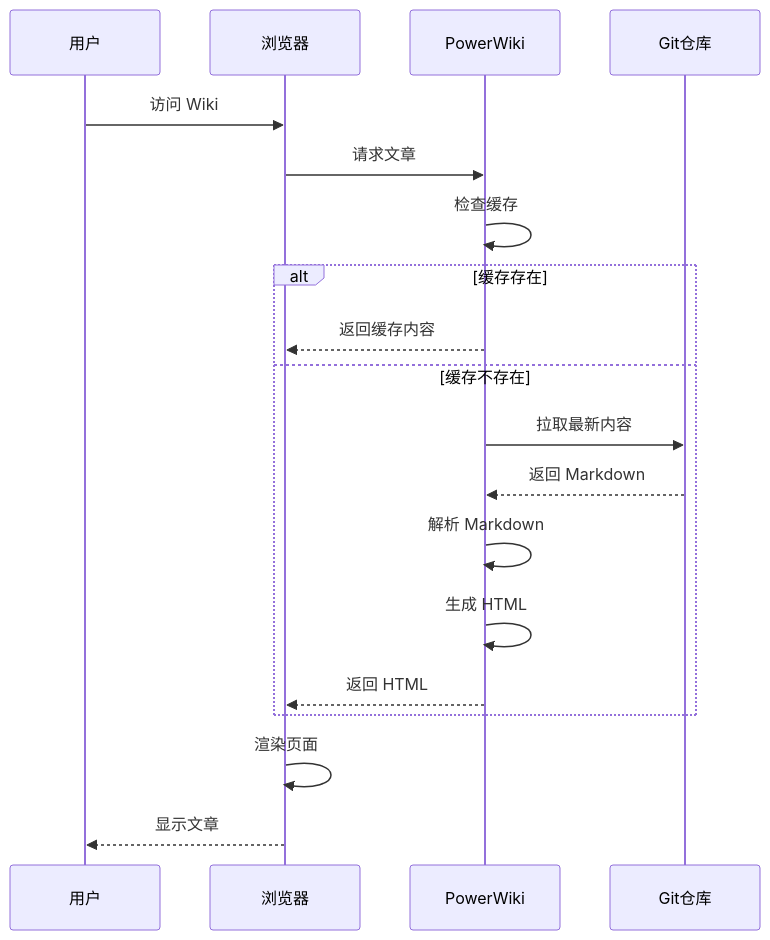
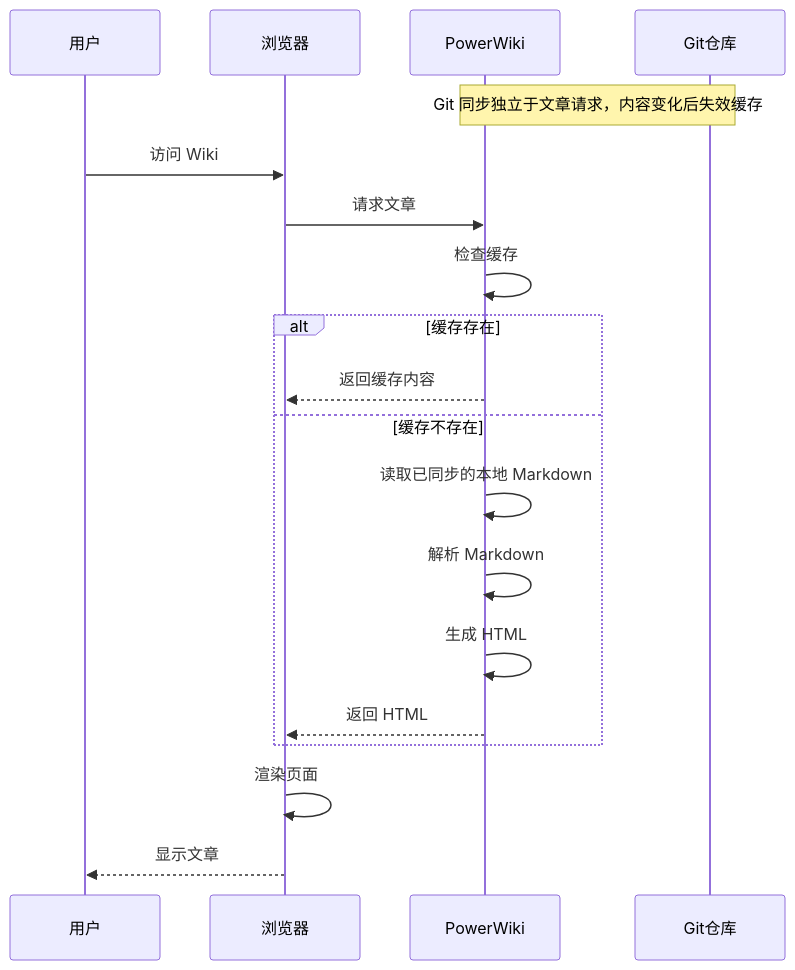
Before and after one commit to steven-ld/PowerWiki-Article-Demo: the second of 8 diagrams in 01-功能演示/图表演示/时序图演示.md, drawn with Mermaid. The commit also changed other lines of this file and 24 other files, not shown here.

Commit message:
docs: refresh demo for PowerWiki v1.5.2

````diff
--- a/01-功能演示/图表演示/时序图演示.md
+++ b/01-功能演示/图表演示/时序图演示.md
@@ -31,22 +32,22 @@
 ```mermaid
 sequenceDiagram
     participant 用户
     participant 浏览器
     participant PowerWiki
     participant Git仓库
     
+    Note over PowerWiki,Git仓库: Git 同步独立于文章请求，内容变化后失效缓存
     用户->>浏览器: 访问 Wiki
     浏览器->>PowerWiki: 请求文章
     PowerWiki->>PowerWiki: 检查缓存
     alt 缓存存在
         PowerWiki-->>浏览器: 返回缓存内容
     else 缓存不存在
-        PowerWiki->>Git仓库: 拉取最新内容
-        Git仓库-->>PowerWiki: 返回 Markdown
+        PowerWiki->>PowerWiki: 读取已同步的本地 Markdown
         PowerWiki->>PowerWiki: 解析 Markdown
         PowerWiki->>PowerWiki: 生成 HTML
         PowerWiki-->>浏览器: 返回 HTML
     end
     浏览器->>浏览器: 渲染页面
     浏览器-->>用户: 显示文章
 ```
````
